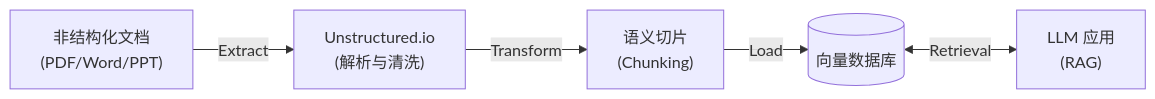
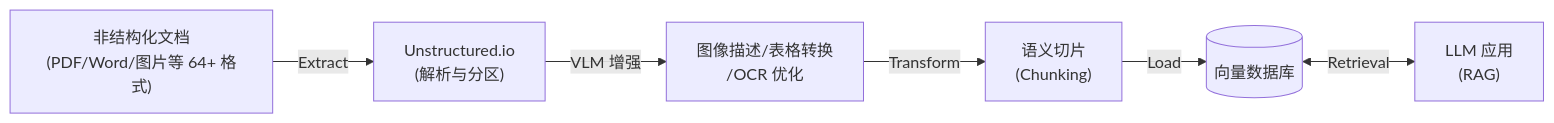
One commit to hanwei808/ai-product-production-guide changed the first of 2 diagrams in unstructured-etl-guide.md. Above: the diagram before and after it, drawn with Mermaid. The commit also changed other lines of this file and 7 other files, not shown here.

````diff
--- a/unstructured-etl-guide.md
+++ b/unstructured-etl-guide.md
@@ -5,7 +8,8 @@
 ```mermaid
 graph LR
-    Docs["非结构化文档<br/>(PDF/Word/PPT)"] -->|Extract| ETL["Unstructured.io<br/>(解析与清洗)"]
-    ETL -->|Transform| Chunks["语义切片<br/>(Chunking)"]
+    Docs["非结构化文档<br/>(PDF/Word/图片等 64+ 格式)"] -->|Extract| ETL["Unstructured.io<br/>(解析与分区)"]
+    ETL -->|VLM 增强| VLM["图像描述/表格转换<br/>/OCR 优化"]
+    VLM -->|Transform| Chunks["语义切片<br/>(Chunking)"]
     Chunks -->|Load| VDB[("向量数据库")]
     VDB <-->|Retrieval| App["LLM 应用<br/>(RAG)"]
 ```
````
